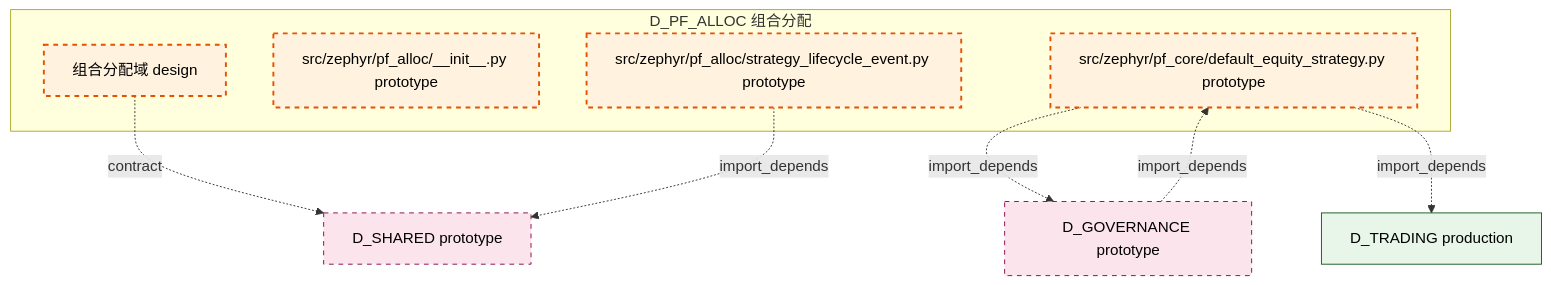
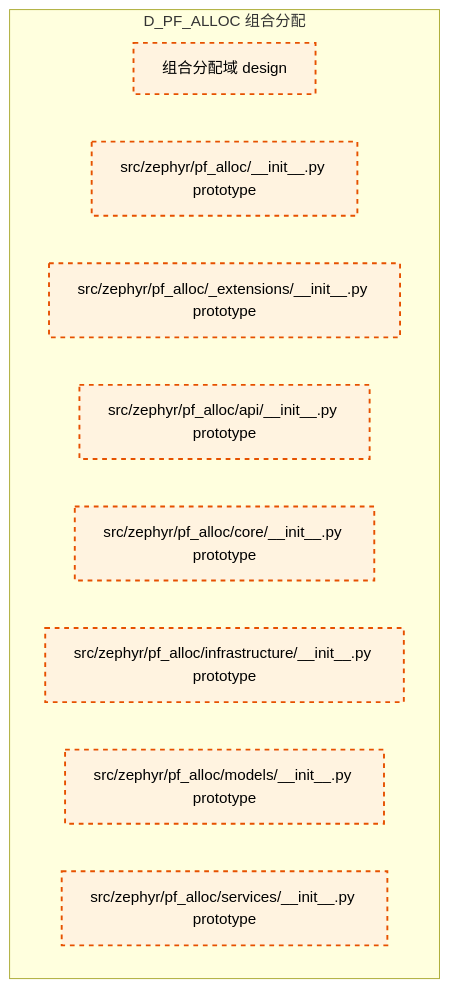
Before and after one commit to xuanFelixVan/ZephyrAlpha: the diagram in docs/02_enterprise_architecture/02_domain_architecture_docs/44_d_pf_alloc.md, drawn with Mermaid. The commit also changed other lines of this file and 105 other files, not shown here.

````diff
--- a/docs/02_enterprise_architecture/02_domain_architecture_docs/44_d_pf_alloc.md
+++ b/docs/02_enterprise_architecture/02_domain_architecture_docs/44_d_pf_alloc.md
@@ -47,24 +47,18 @@
 ```mermaid
 graph TD
     subgraph D_PF_ALLOC["D_PF_ALLOC 组合分配"]
         src_zephyr_pf_alloc["组合分配域 design"]
         src_zephyr_pf_alloc_init_py["src/zephyr/pf_alloc/__init__.py prototype"]
-        src_zephyr_pf_alloc_strategy_lifecycle_event_py["src/zephyr/pf_alloc/strategy_lifecycle_event.py prototype"]
-        src_zephyr_pf_core_default_equity_strategy_py["src/zephyr/pf_core/default_equity_strategy.py prototype"]
+        src_zephyr_pf_alloc_extensions_init_py["src/zephyr/pf_alloc/_extensions/__init__.py prototype"]
+        src_zephyr_pf_alloc_api_init_py["src/zephyr/pf_alloc/api/__init__.py prototype"]
+        src_zephyr_pf_alloc_core_init_py["src/zephyr/pf_alloc/core/__init__.py prototype"]
+        src_zephyr_pf_alloc_infrastructure_init_py["src/zephyr/pf_alloc/infrastructure/__init__.py prototype"]
+        src_zephyr_pf_alloc_models_init_py["src/zephyr/pf_alloc/models/__init__.py prototype"]
+        src_zephyr_pf_alloc_services_init_py["src/zephyr/pf_alloc/services/__init__.py prototype"]
     end
-    D_SHARED["D_SHARED prototype"]
-    src_zephyr_pf_alloc -.->|contract| D_SHARED
-    D_GOVERNANCE["D_GOVERNANCE prototype"]
-    src_zephyr_pf_core_default_equity_strategy_py -.->|import_depends| D_GOVERNANCE
-    D_TRADING["D_TRADING production"]
-    src_zephyr_pf_core_default_equity_strategy_py -.->|import_depends| D_TRADING
-    src_zephyr_pf_alloc_strategy_lifecycle_event_py -.->|import_depends| D_SHARED
-    D_GOVERNANCE -.->|import_depends| src_zephyr_pf_core_default_equity_strategy_py
     classDef production fill:#e1f5fe,stroke:#01579b,stroke-width:2px,color:#000
     classDef design fill:#fff3e0,stroke:#e65100,stroke-width:2px,color:#000,stroke-dasharray: 5 5
     classDef external_prod fill:#e8f5e9,stroke:#1b5e20,stroke-width:1px,color:#000
     classDef external_design fill:#fce4ec,stroke:#880e4f,stroke-width:1px,color:#000,stroke-dasharray: 5 5
-    class src_zephyr_pf_alloc,src_zephyr_pf_alloc_init_py,src_zephyr_pf_alloc_strategy_lifecycle_event_py,src_zephyr_pf_core_default_equity_strategy_py design
-    class D_TRADING external_prod
-    class D_SHARED,D_GOVERNANCE external_design
+    class src_zephyr_pf_alloc,src_zephyr_pf_alloc_init_py,src_zephyr_pf_alloc_extensions_init_py,src_zephyr_pf_alloc_api_init_py,src_zephyr_pf_alloc_core_init_py,src_zephyr_pf_alloc_infrastructure_init_py,src_zephyr_pf_alloc_models_init_py,src_zephyr_pf_alloc_services_init_py design
 ```
````
